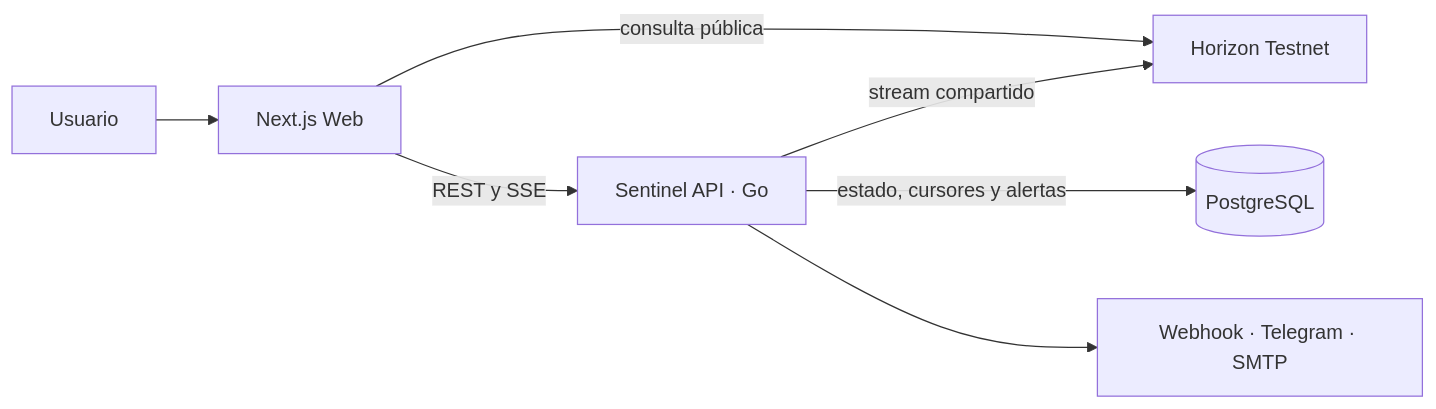
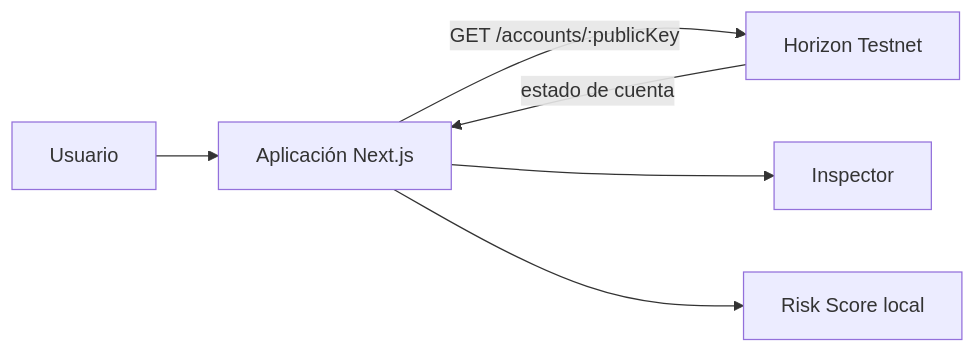
Before and after one commit to VillaAlexTor/Stellar-account-inspector: the diagram in README.md, drawn with Mermaid. The commit also changed other lines of this file and 86 other files, not shown here.

````diff
--- a/README.md
+++ b/README.md
@@ -263,9 +116,8 @@
 ```mermaid
 flowchart LR
-    U[Usuario] --> W[Next.js Web]
-    W -->|consulta pública| H[Horizon Testnet]
-    W -->|REST y SSE| A[Sentinel API · Go]
-    A -->|stream compartido| H
-    A -->|estado, cursores y alertas| P[(PostgreSQL)]
-    A --> N[Webhook · Telegram · SMTP]
+    U[Usuario] --> W[Aplicación Next.js]
+    W -->|GET /accounts/:publicKey| H[Horizon Testnet]
+    H -->|estado de cuenta| W
+    W --> I[Inspector]
+    W --> R[Risk Score local]
 ```
````
